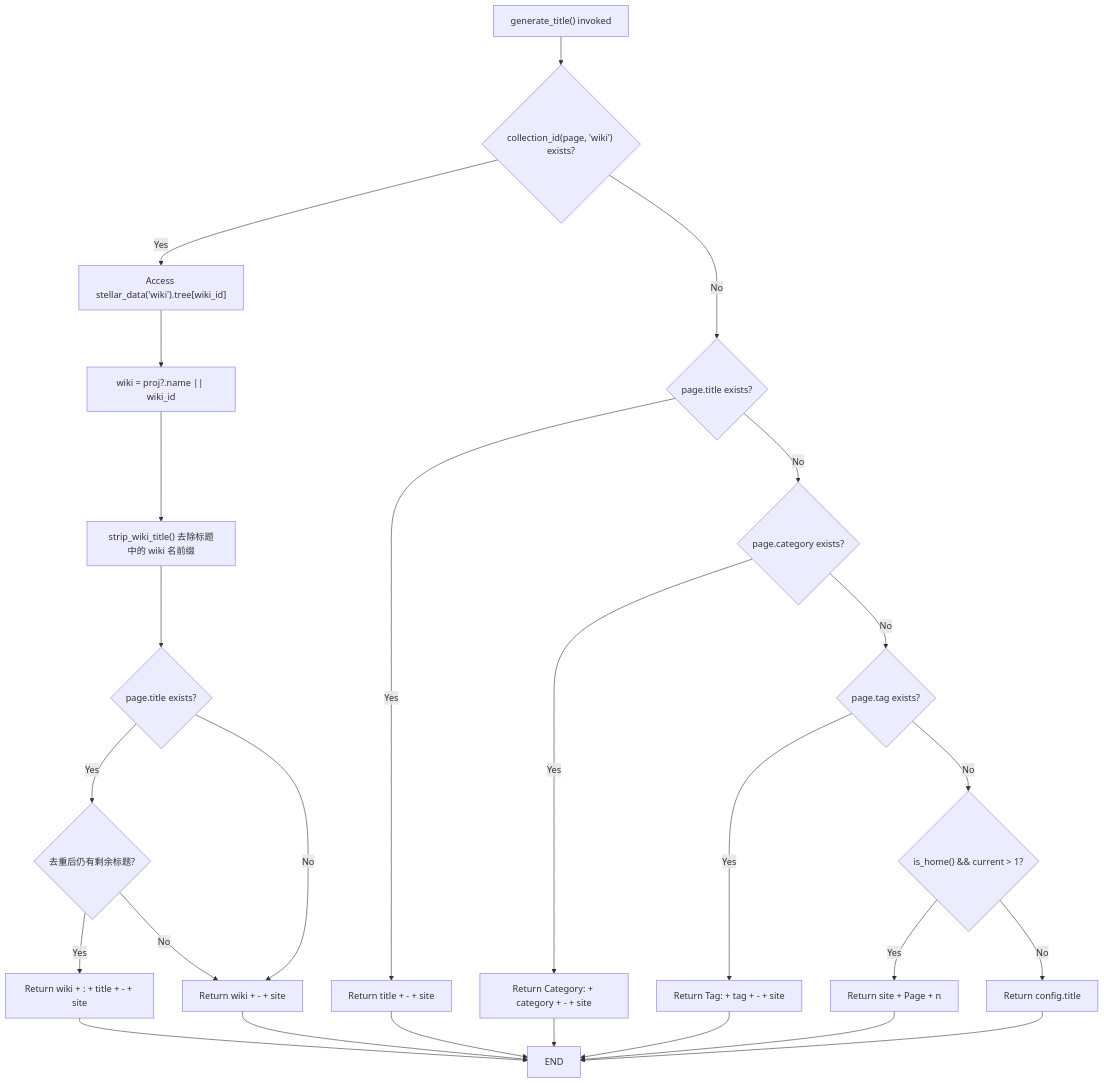
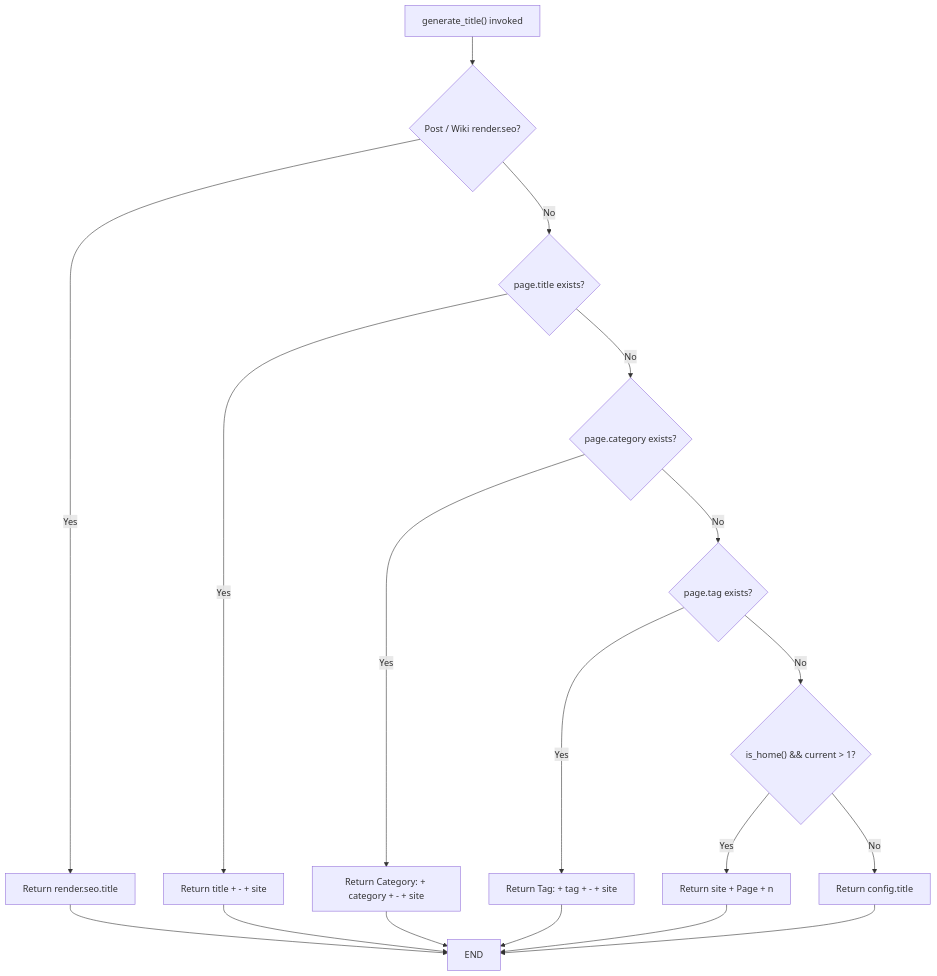
Before and after one commit to xaoxuu/hexo-theme-stellar: the second of 8 diagrams in docs/knowledge/02-布局系统/head-seo.md, drawn with Mermaid. The commit also changed other lines of this file and 18 other files, not shown here.

````diff
--- a/docs/knowledge/02-布局系统/head-seo.md
+++ b/docs/knowledge/02-布局系统/head-seo.md
@@ -128,31 +128,21 @@
 ```mermaid
 flowchart TD
-    START["generate_title() invoked"] --> ISWIKI{"collection_id(page, 'wiki') exists?"}
-    
-    ISWIKI -->|Yes| GETPROJ["Access stellar_data('wiki').tree[wiki_id]"]
-    GETPROJ --> GETNAME["wiki = proj?.name || wiki_id"]
-    GETNAME --> STRIP["strip_wiki_title() 去除标题中的 wiki 名前缀"]
-    STRIP --> HASTITLE{"page.title exists?"}
-    HASTITLE -->|Yes| WIKITITL{"去重后仍有剩余标题?"}
-    WIKITITL -->|Yes| WIKIFULL["Return wiki + : + title + - + site"]
-    WIKITITL -->|No| WIKIHOME["Return wiki + - + site"]
-    HASTITLE -->|No| WIKIHOME["Return wiki + - + site"]
-    
-    ISWIKI -->|No| PAGECHECK{"page.title exists?"}
+    START["generate_title() invoked"] --> HASMODEL{"Post / Wiki render.seo?"}
+    HASMODEL -->|Yes| MODELTITLE["Return render.seo.title"]
+    HASMODEL -->|No| PAGECHECK{"page.title exists?"}
     PAGECHECK -->|Yes| PAGETITLE["Return title + - + site"]
     PAGECHECK -->|No| CATCHECK{"page.category exists?"}
     CATCHECK -->|Yes| CATTITLE["Return Category: + category + - + site"]
     CATCHECK -->|No| TAGCHECK{"page.tag exists?"}
     TAGCHECK -->|Yes| TAGTITLE["Return Tag: + tag + - + site"]
     TAGCHECK -->|No| PAGECHECK2{"is_home() && current > 1?"}
     PAGECHECK2 -->|Yes| PAGETITLE2["Return site + Page + n"]
     PAGECHECK2 -->|No| DEFAULTTITLE["Return config.title"]
     
-    WIKIFULL --> END
-    WIKIHOME --> END
+    MODELTITLE --> END
     PAGETITLE --> END
     PAGETITLE2 --> END
     CATTITLE --> END
     TAGTITLE --> END
     DEFAULTTITLE --> END
 ```
````
